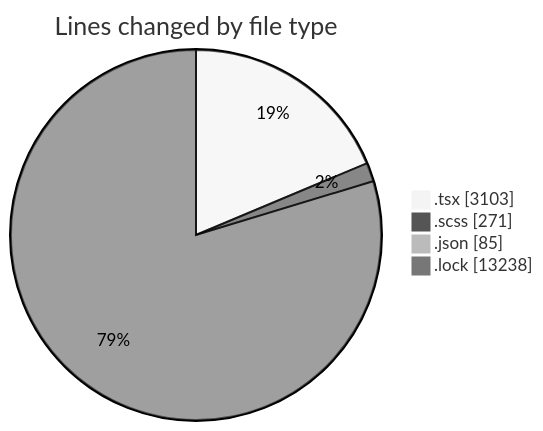
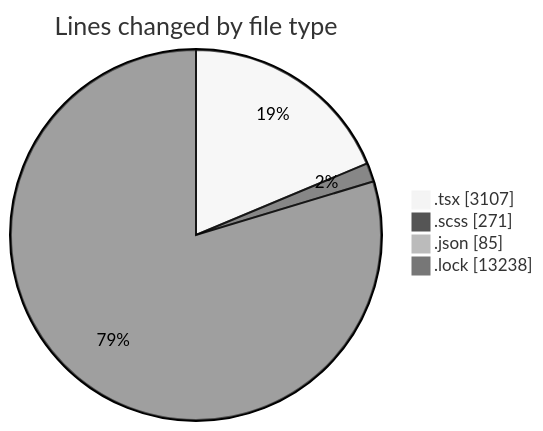
One commit to momahboobian/code-tracking changed the first of 2 diagrams in 2025-11-18/cda/README.md. Above: the diagram before and after it, drawn with Mermaid (neutral theme). The commit also changed other lines of this file and 1 other file, not shown here.

````diff
--- a/2025-11-18/cda/README.md
+++ b/2025-11-18/cda/README.md
@@ -28,8 +28,8 @@
 ```mermaid
 pie showData
 title Lines changed by file type
-".tsx" : 3103
+".tsx" : 3107
 ".scss" : 271
 ".json" : 85
 ".lock" : 13238
 ```
````
